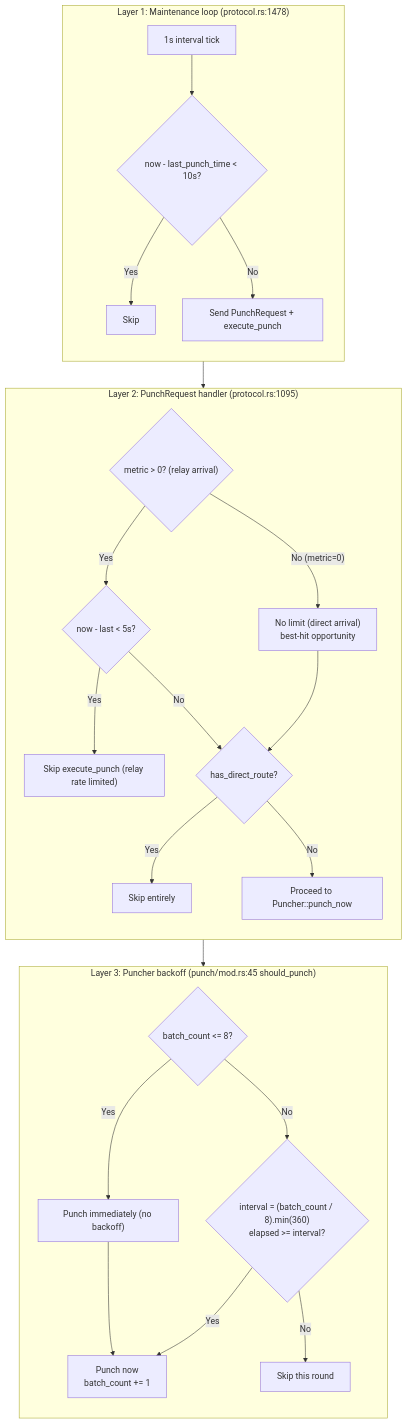
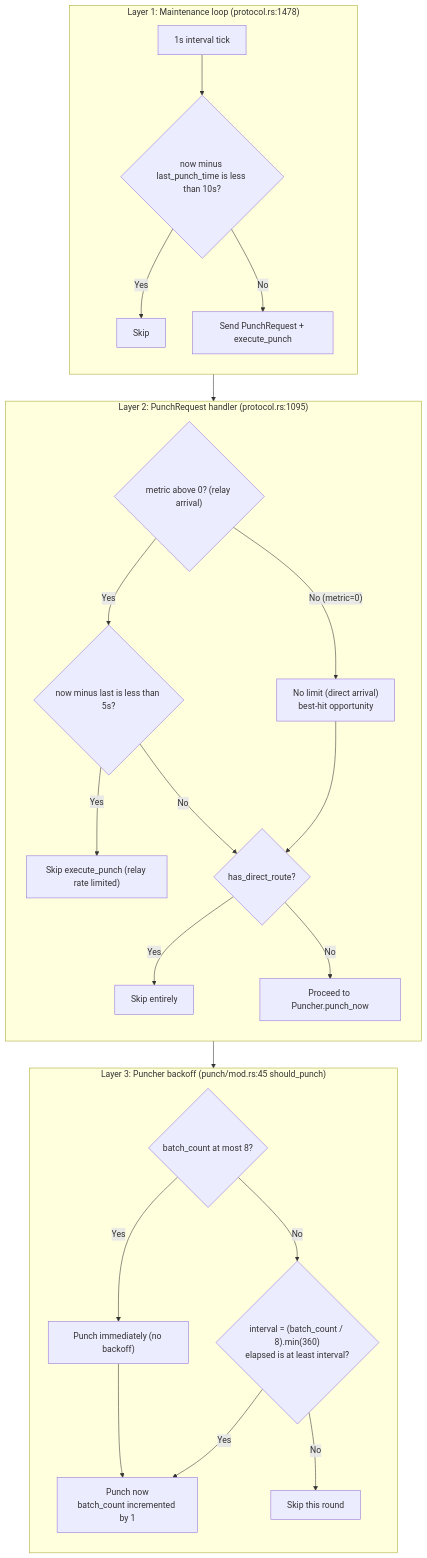
One commit to rustp2p/rustp2p changed diagram 27 of 27 in docs/nat-punch-principles.md. Above: the diagram before and after it, drawn with Mermaid. The commit also changed other lines of this file, not shown here.

Commit message:
docs: harden mermaid labels after section 5.3 for renderer compatibility

````diff
--- a/docs/nat-punch-principles.md
+++ b/docs/nat-punch-principles.md
@@ -1126,48 +1126,48 @@
 ```mermaid
 flowchart TD
     subgraph L1["Layer 1: Maintenance loop (protocol.rs:1478)"]
         direction TB
         L1A["1s interval tick"]
-        L1B{"now - last_punch_time &lt; 10s?"}
+        L1B{"now minus last_punch_time is less than 10s?"}
         L1C["Skip"]
         L1D["Send PunchRequest + execute_punch"]
         L1A --> L1B
         L1B -->|"Yes"| L1C
         L1B -->|"No"| L1D
     end
 
     subgraph L2["Layer 2: PunchRequest handler (protocol.rs:1095)"]
         direction TB
-        L2A{"metric &gt; 0? (relay arrival)"}
-        L2B{"now - last &lt; 5s?"}
+        L2A{"metric above 0? (relay arrival)"}
+        L2B{"now minus last is less than 5s?"}
         L2C["Skip execute_punch (relay rate limited)"]
         L2D["No limit (direct arrival)<br/>best-hit opportunity"]
         L2E{"has_direct_route?"}
         L2F["Skip entirely"]
-        L2G["Proceed to Puncher::punch_now"]
+        L2G["Proceed to Puncher.punch_now"]
         L2A -->|"Yes"| L2B
         L2B -->|"Yes"| L2C
         L2B -->|"No"| L2E
         L2A -->|"No (metric=0)"| L2D
         L2D --> L2E
         L2E -->|"Yes"| L2F
         L2E -->|"No"| L2G
     end
 
     subgraph L3["Layer 3: Puncher backoff (punch/mod.rs:45 should_punch)"]
         direction TB
-        L3A{"batch_count &lt;= 8?"}
+        L3A{"batch_count at most 8?"}
         L3B["Punch immediately (no backoff)"]
-        L3C{"interval = (batch_count / 8).min(360)<br/>elapsed &gt;= interval?"}
-        L3D["Punch now<br/>batch_count += 1"]
+        L3C{"interval = (batch_count / 8).min(360)<br/>elapsed is at least interval?"}
+        L3D["Punch now<br/>batch_count incremented by 1"]
         L3E["Skip this round"]
         L3A -->|"Yes"| L3B
         L3A -->|"No"| L3C
         L3B --> L3D
         L3C -->|"Yes"| L3D
         L3C -->|"No"| L3E
     end
 
     L1D --> L2A
     L2G --> L3A
 ```
````
